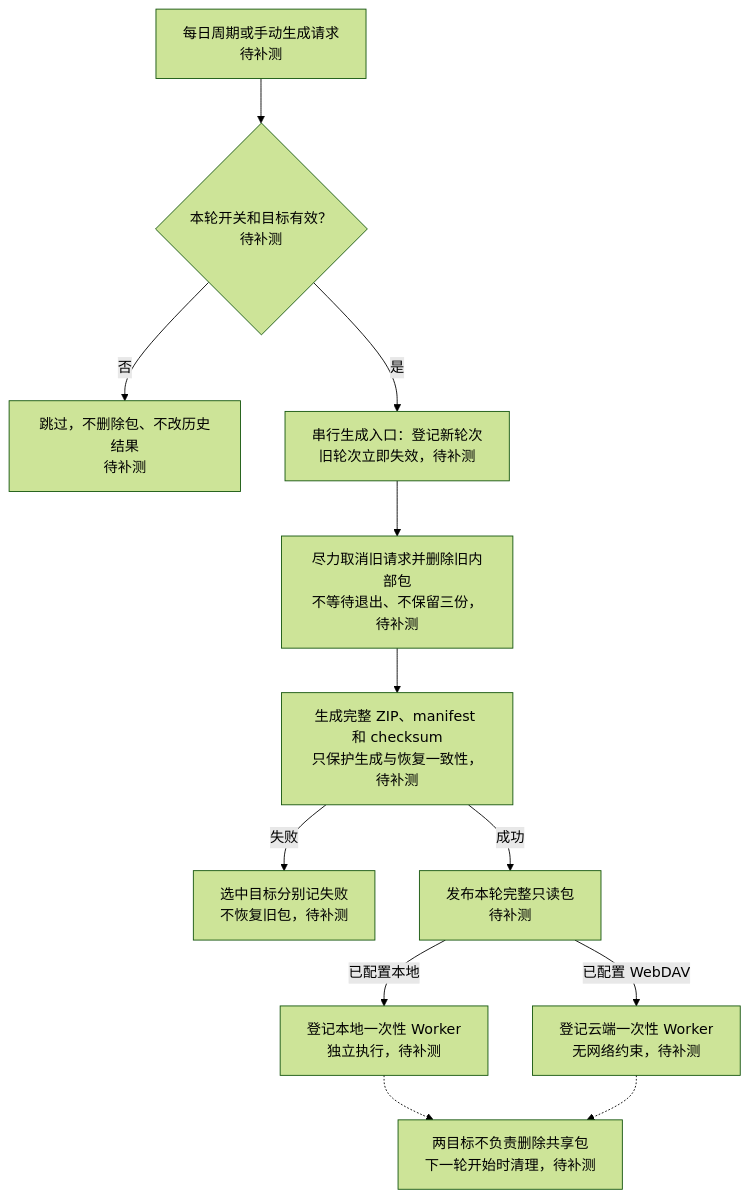
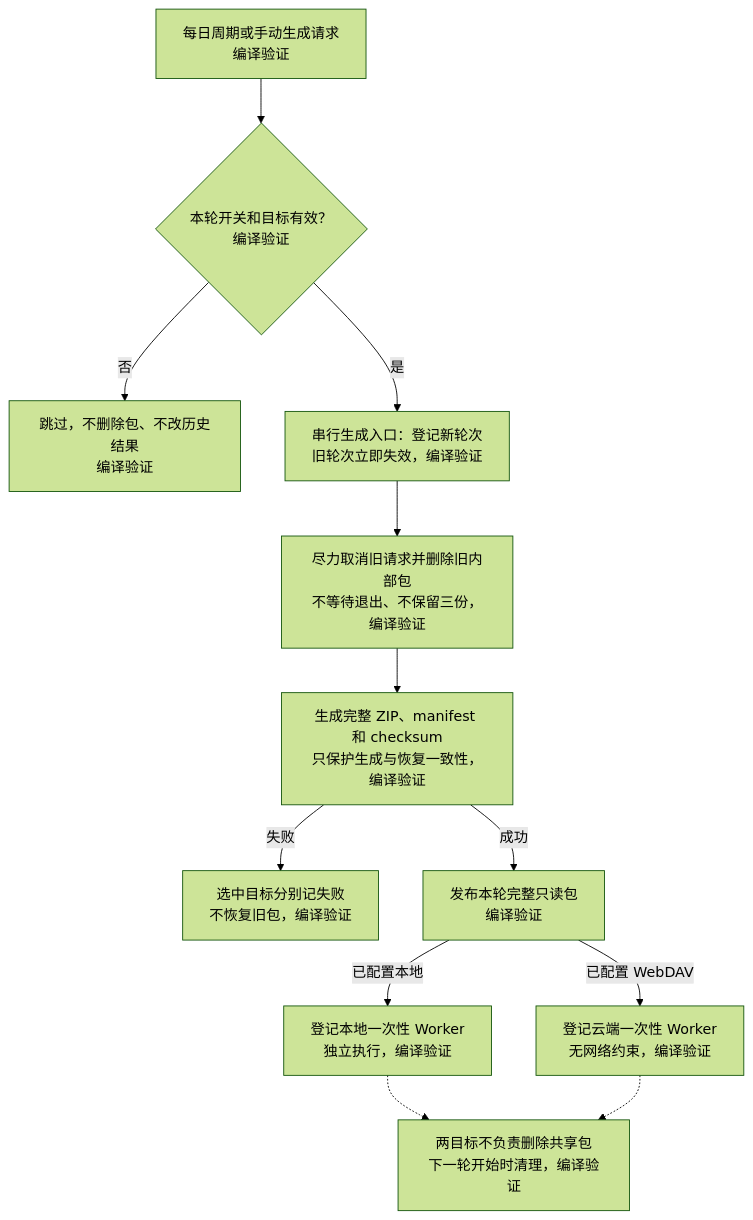
The first of 6 diagrams in docs/webdav_backup_plan.md (lwcla/ClipMaster), drawn with Mermaid (forest theme) before and after one commit. The commit also changed other lines of this file and 39 other files, not shown here.

First line of the commit message:
备份：实现最新轮次并行发布与 WebDAV 直接上传

````diff
--- a/docs/webdav_backup_plan.md
+++ b/docs/webdav_backup_plan.md
@@ -730,15 +746,15 @@
 ```mermaid
-%% title: 已确认待实施：新轮次生成与并行分派
+%% title: 当前实现：新轮次生成与并行分派
 flowchart TD
-    Trigger["每日周期或手动生成请求<br/>待补测"] --> Target{"本轮开关和目标有效？<br/>待补测"}
-    Target -->|否| Skip["跳过，不删除包、不改历史结果<br/>待补测"]
-    Target -->|是| New["串行生成入口：登记新轮次<br/>旧轮次立即失效，待补测"]
-    New --> Delete["尽力取消旧请求并删除旧内部包<br/>不等待退出、不保留三份，待补测"]
-    Delete --> Export["生成完整 ZIP、manifest 和 checksum<br/>只保护生成与恢复一致性，待补测"]
-    Export -->|失败| Failed["选中目标分别记失败<br/>不恢复旧包，待补测"]
-    Export -->|成功| Ready["发布本轮完整只读包<br/>待补测"]
-    Ready -->|已配置本地| Local["登记本地一次性 Worker<br/>独立执行，待补测"]
-    Ready -->|已配置 WebDAV| Remote["登记云端一次性 Worker<br/>无网络约束，待补测"]
-    Local -.-> Retain["两目标不负责删除共享包<br/>下一轮开始时清理，待补测"]
+    Trigger["每日周期或手动生成请求<br/>编译验证"] --> Target{"本轮开关和目标有效？<br/>编译验证"}
+    Target -->|否| Skip["跳过，不删除包、不改历史结果<br/>编译验证"]
+    Target -->|是| New["串行生成入口：登记新轮次<br/>旧轮次立即失效，编译验证"]
+    New --> Delete["尽力取消旧请求并删除旧内部包<br/>不等待退出、不保留三份，编译验证"]
+    Delete --> Export["生成完整 ZIP、manifest 和 checksum<br/>只保护生成与恢复一致性，编译验证"]
+    Export -->|失败| Failed["选中目标分别记失败<br/>不恢复旧包，编译验证"]
+    Export -->|成功| Ready["发布本轮完整只读包<br/>编译验证"]
+    Ready -->|已配置本地| Local["登记本地一次性 Worker<br/>独立执行，编译验证"]
+    Ready -->|已配置 WebDAV| Remote["登记云端一次性 Worker<br/>无网络约束，编译验证"]
+    Local -.-> Retain["两目标不负责删除共享包<br/>下一轮开始时清理，编译验证"]
     Remote -.-> Retain
 ```
````
